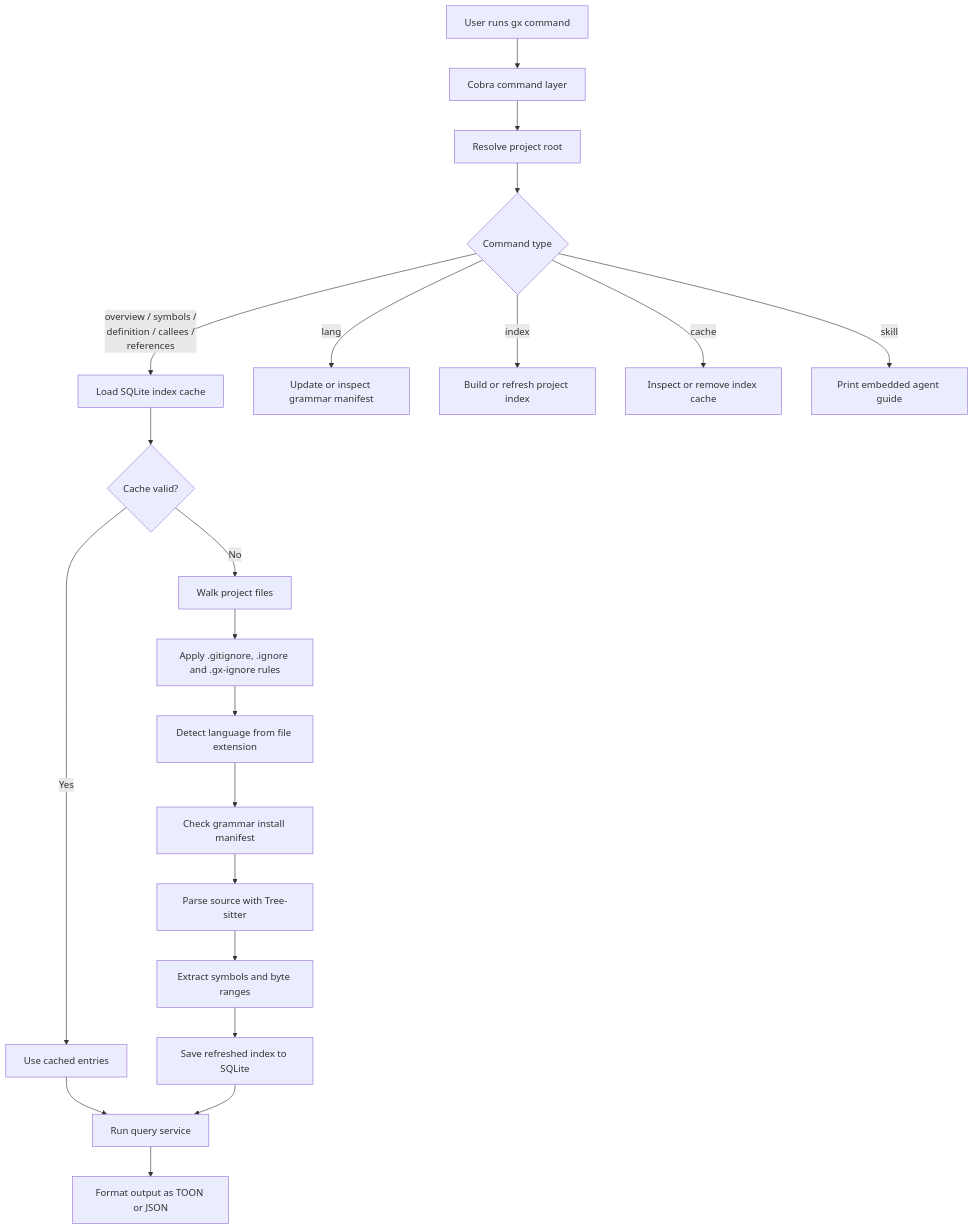
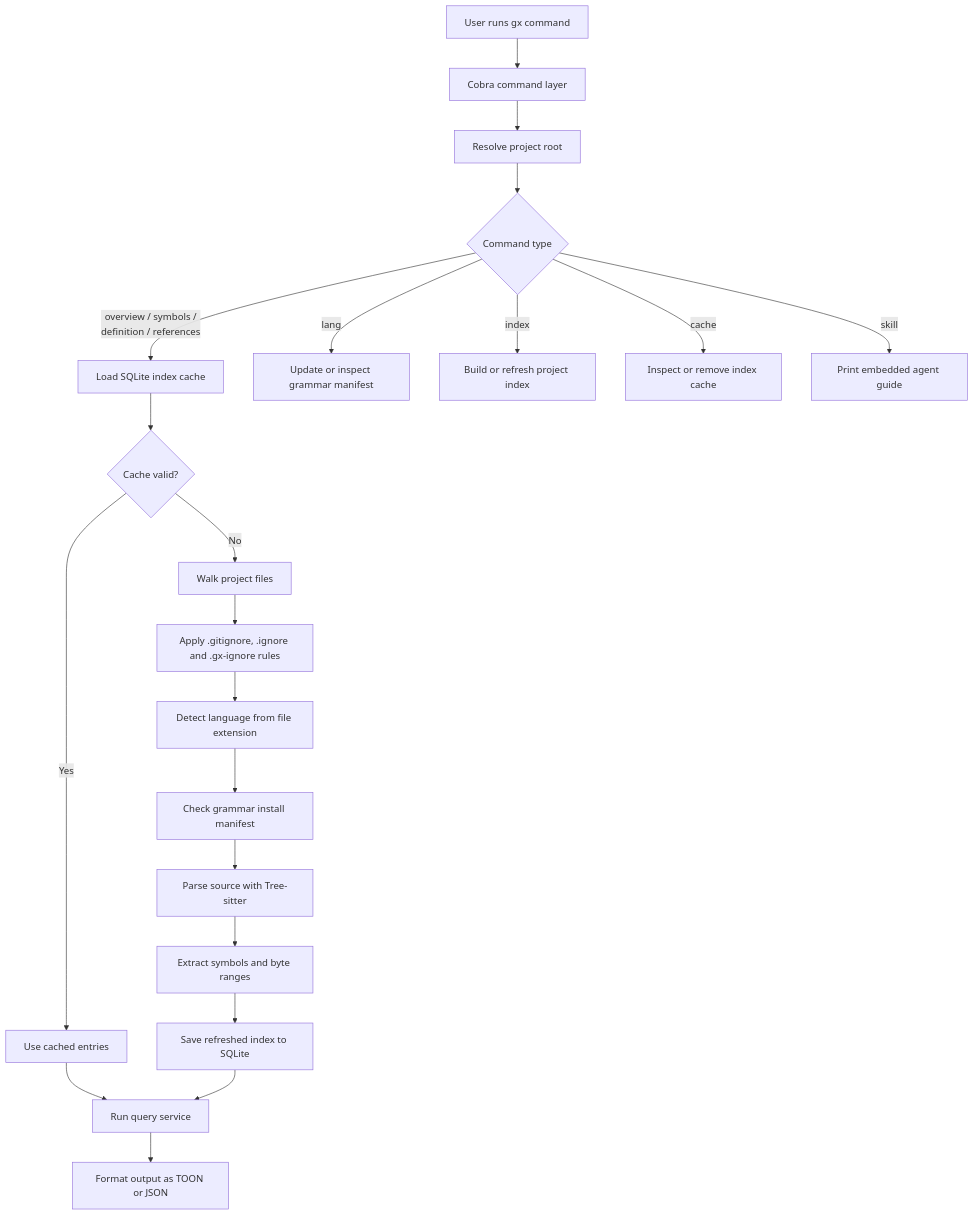
Before and after one commit to XDwanj/gx: the diagram in README.md, drawn with Mermaid. The commit also changed other lines of this file and 526 other files, not shown here.

````diff
--- a/README.md
+++ b/README.md
@@ -390,25 +368,25 @@
 ```mermaid
 flowchart TD
     A[User runs gx command] --> B[Cobra command layer]
     B --> C[Resolve project root]
     C --> D{Command type}
 
-    D -->|overview / symbols /\ndefinition / callees /\nreferences| E[Load SQLite index cache]
+    D -->|overview / symbols /\ndefinition / references| E[Load SQLite index cache]
     E --> F{Cache valid?}
     F -->|Yes| G[Use cached entries]
     F -->|No| H[Walk project files]
     H --> I[Apply .gitignore, .ignore and .gx-ignore rules]
     I --> J[Detect language from file extension]
     J --> K[Check grammar install manifest]
     K --> L[Parse source with Tree-sitter]
     L --> M[Extract symbols and byte ranges]
     M --> N[Save refreshed index to SQLite]
     G --> O[Run query service]
     N --> O
     O --> P[Format output as TOON or JSON]
 
     D -->|lang| Q[Update or inspect grammar manifest]
     D -->|index| R[Build or refresh project index]
     D -->|cache| T[Inspect or remove index cache]
     D -->|skill| S[Print embedded agent guide]
 ```
````
